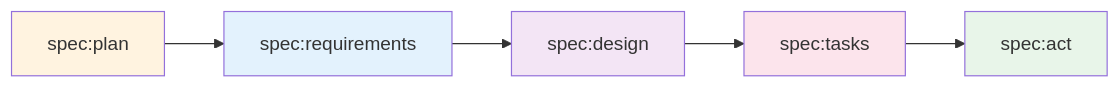
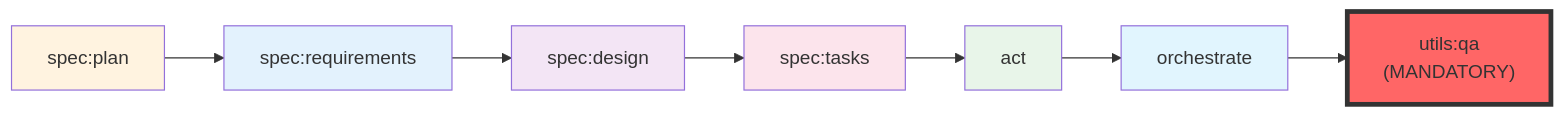
The diagram in .claude/commands/workflow/help.md (pocky/vibe-php), drawn with Mermaid before and after one commit. The commit also changed other lines of this file and 593 other files, not shown here.

First line of the commit message:
refactor: enforce hexagonal architecture in gateway layer

````diff
--- a/.claude/commands/workflow/help.md
+++ b/.claude/commands/workflow/help.md
@@ -23,13 +22,17 @@
 ```mermaid
 graph LR
     A[spec:plan] --> B[spec:requirements]
     B --> C[spec:design]
     C --> D[spec:tasks]
-    D --> E[spec:act]
+    D --> E[act]
+    E --> F[orchestrate]
+    F --> G["utils:qa<br/>(MANDATORY)"]
     
     style A fill:#fff3e0
     style B fill:#e3f2fd
     style C fill:#f3e5f5
     style D fill:#fce4ec
     style E fill:#e8f5e9
+    style F fill:#e1f5fe
+    style G fill:#ff6666,stroke:#333,stroke-width:4px
 ```
````
